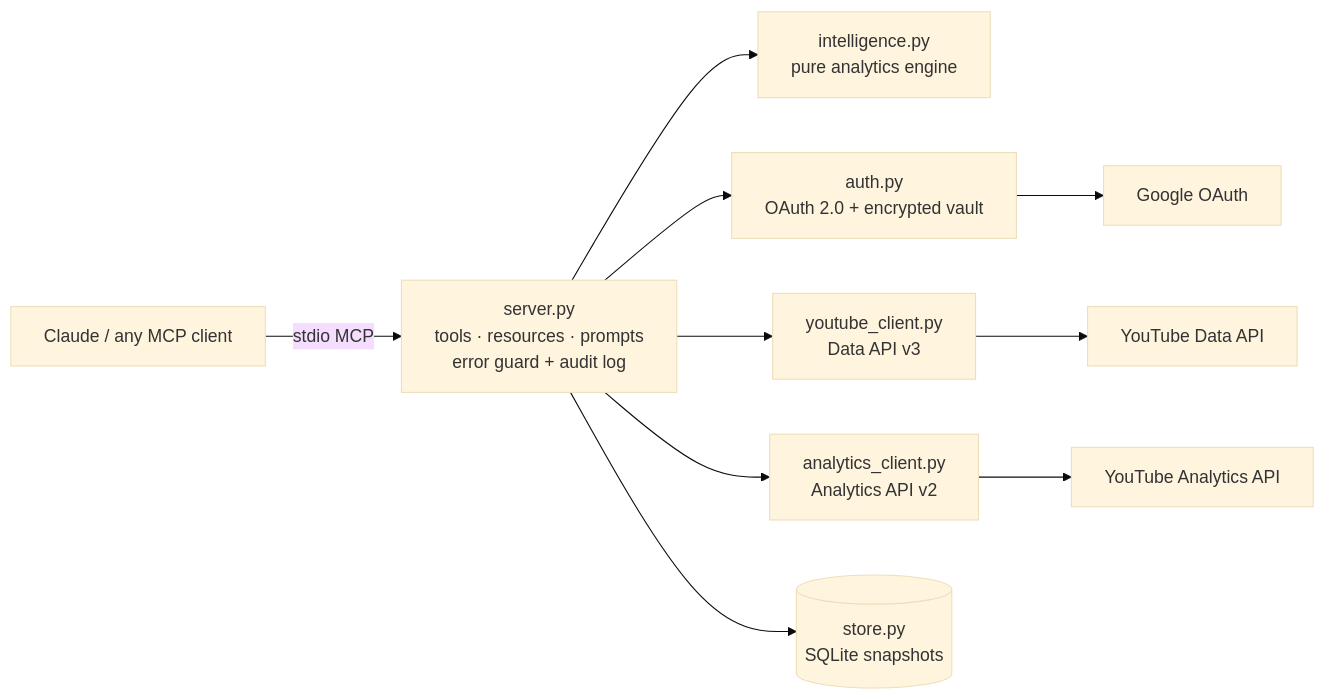
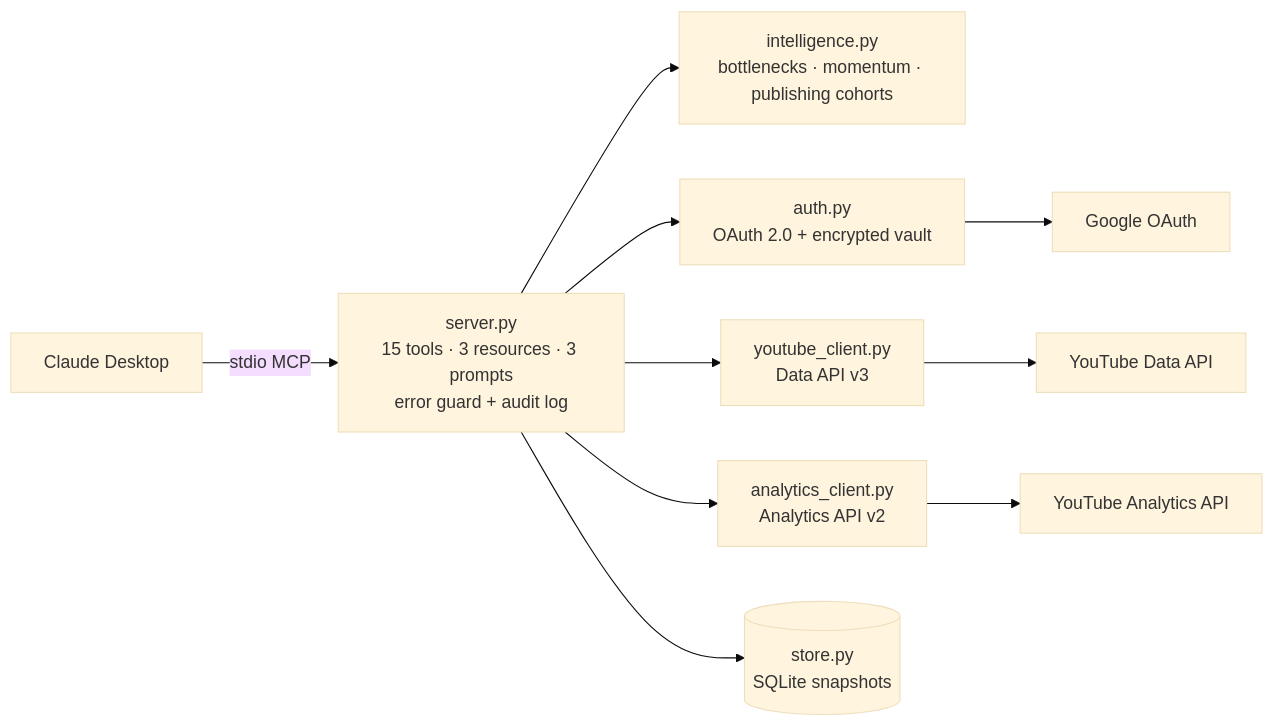
Before and after one commit to matteys001/youtube-claude-mcp: the diagram in README.md, drawn with Mermaid (base theme). The commit also changed other lines of this file and 15 other files, not shown here.

Commit message:
v0.2.0: Claude Desktop extension (MCPB) for Anthropic Directory - manifest, annotations, privacy policy, license, icon, directory-compliant README, submission checklist

````diff
--- a/README.md
+++ b/README.md
@@ -289,12 +232,12 @@
 ```mermaid
 flowchart LR
-  C[Claude / any MCP client] -- stdio MCP --> S[server.py<br/>tools · resources · prompts<br/>error guard + audit log]
-  S --> I[intelligence.py<br/>pure analytics engine]
+  C[Claude Desktop] -- stdio MCP --> S[server.py<br/>15 tools · 3 resources · 3 prompts<br/>error guard + audit log]
+  S --> I[intelligence.py<br/>bottlenecks · momentum · publishing cohorts]
   S --> A[auth.py<br/>OAuth 2.0 + encrypted vault]
   S --> Y[youtube_client.py<br/>Data API v3]
   S --> N[analytics_client.py<br/>Analytics API v2]
   S --> D[(store.py<br/>SQLite snapshots)]
   A --> G[Google OAuth]
   Y --> YT[YouTube Data API]
   N --> YA[YouTube Analytics API]
 ```
````
